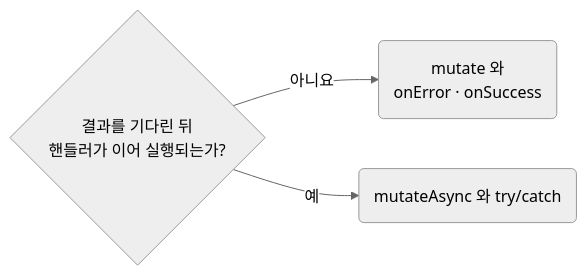
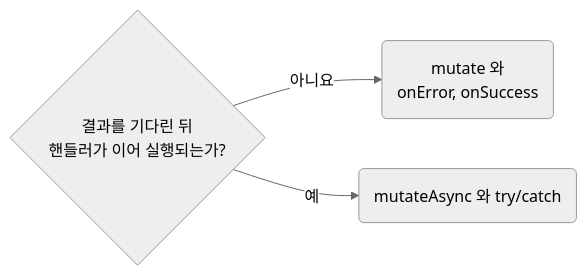
The diagram in skill/react/rules/02-05-data-handle-mutation-failure-where-it-is-called.md (minu-ha/agent-conventions), drawn with Mermaid (neutral theme) before and after one commit. The commit also changed other lines of this file and 194 other files, not shown here.

````diff
--- a/skill/react/rules/02-05-data-handle-mutation-failure-where-it-is-called.md
+++ b/skill/react/rules/02-05-data-handle-mutation-failure-where-it-is-called.md
@@ -26,5 +26,5 @@
 ```mermaid
 flowchart LR
-	q1{"결과를 기다린 뒤<br>핸들러가 이어 실행되는가?"} -- 아니요 --> r1("mutate 와<br>onError · onSuccess")
+	q1{"결과를 기다린 뒤<br>핸들러가 이어 실행되는가?"} -- 아니요 --> r1("mutate 와<br>onError, onSuccess")
 	q1 -- 예 --> r2("mutateAsync 와 try/catch")
 ```
````
